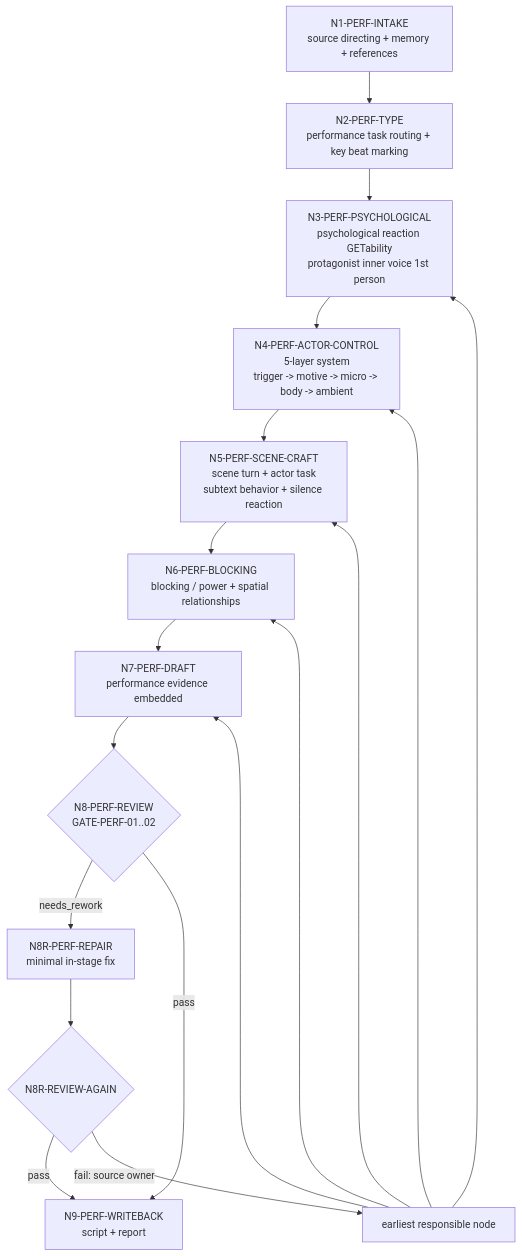
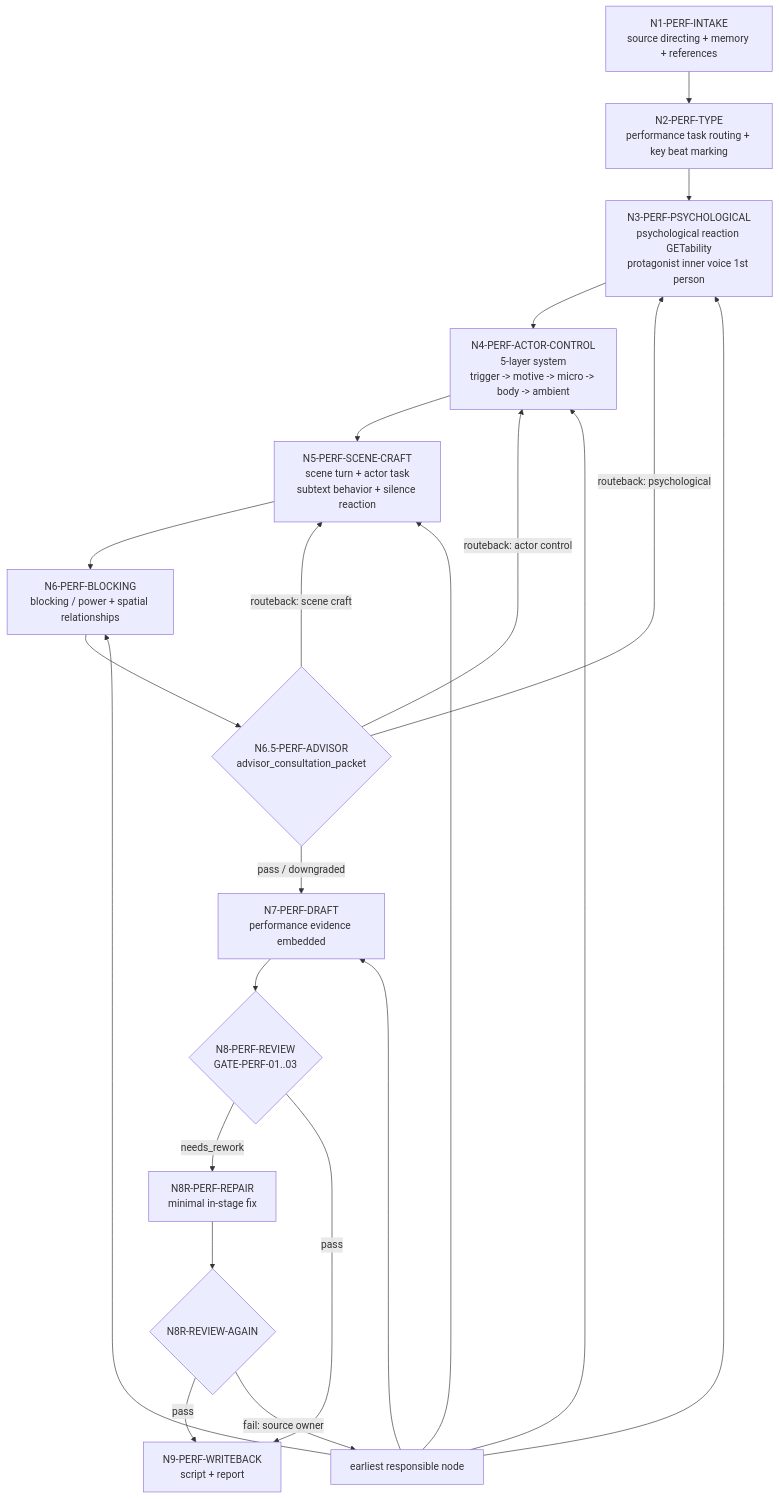
One commit to ZEN-VOID/AI-CUT changed the first of 2 diagrams in .agents/skills/aigc/4-表演/steps/directing-workflow.md. Above: the diagram before and after it, drawn with Mermaid. The commit also changed other lines of this file and 88 other files, not shown here.

````diff
--- a/.agents/skills/aigc/4-表演/steps/directing-workflow.md
+++ b/.agents/skills/aigc/4-表演/steps/directing-workflow.md
@@ -140,20 +145,24 @@
 ```mermaid
 flowchart TD
     A["N1-PERF-INTAKE\nsource directing + memory + references"] --> B["N2-PERF-TYPE\nperformance task routing + key beat marking"]
     B --> D["N3-PERF-PSYCHOLOGICAL\npsychological reaction GETability\nprotagonist inner voice 1st person"]
     D --> E["N4-PERF-ACTOR-CONTROL\n5-layer system\ntrigger -> motive -> micro -> body -> ambient"]
     E --> F["N5-PERF-SCENE-CRAFT\nscene turn + actor task\nsubtext behavior + silence reaction"]
     F --> G["N6-PERF-BLOCKING\nblocking / power + spatial relationships"]
-    G --> H["N7-PERF-DRAFT\nperformance evidence embedded"]
-    H --> R{"N8-PERF-REVIEW\nGATE-PERF-01..02"}
+    G --> AD{"N6.5-PERF-ADVISOR\nadvisor_consultation_packet"}
+    AD -->|"routeback: psychological"| D
+    AD -->|"routeback: actor control"| E
+    AD -->|"routeback: scene craft"| F
+    AD -->|"pass / downgraded"| H["N7-PERF-DRAFT\nperformance evidence embedded"]
+    H --> R{"N8-PERF-REVIEW\nGATE-PERF-01..03"}
     R -->|"needs_rework"| RR["N8R-PERF-REPAIR\nminimal in-stage fix"]
     RR --> R2{"N8R-REVIEW-AGAIN"}
     R2 -->|"pass"| W["N9-PERF-WRITEBACK\nscript + report"]
     R2 -->|"fail: source owner"| BACK["earliest responsible node"]
     BACK --> D
     BACK --> E
     BACK --> F
     BACK --> G
     BACK --> H
     R -->|"pass"| W
 ```
````
